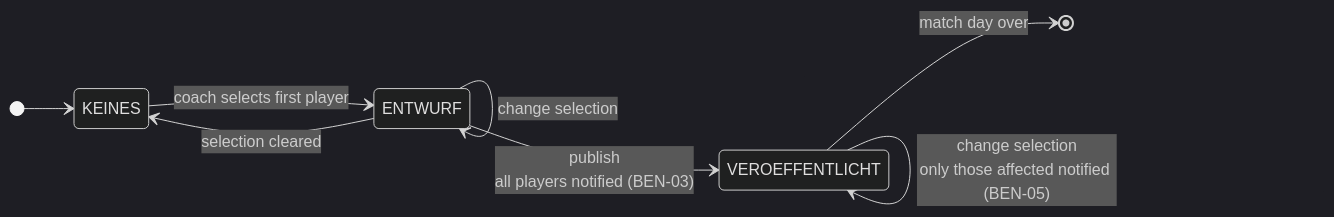
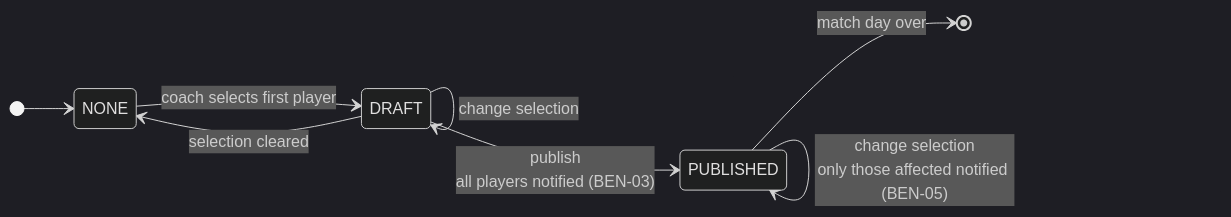
The fourth of 13 diagrams in docs/states.md (cyrilleulmi/StvBeroPlatform), drawn with Mermaid (dark theme) before and after one commit. The commit also changed other lines of this file and 435 other files, not shown here.

````diff
--- a/docs/states.md
+++ b/docs/states.md
@@ -109,11 +109,11 @@
 ```mermaid
 stateDiagram-v2
     direction LR
-    [*] --> KEINES
-    KEINES --> ENTWURF: coach selects first player
-    ENTWURF --> ENTWURF: change selection
-    ENTWURF --> KEINES: selection cleared
-    ENTWURF --> VEROEFFENTLICHT: publish<br/>all players notified (BEN-03)
-    VEROEFFENTLICHT --> VEROEFFENTLICHT: change selection<br/>only those affected notified (BEN-05)
-    VEROEFFENTLICHT --> [*]: match day over
+    [*] --> NONE
+    NONE --> DRAFT: coach selects first player
+    DRAFT --> DRAFT: change selection
+    DRAFT --> NONE: selection cleared
+    DRAFT --> PUBLISHED: publish<br/>all players notified (BEN-03)
+    PUBLISHED --> PUBLISHED: change selection<br/>only those affected notified (BEN-05)
+    PUBLISHED --> [*]: match day over
 ```
````
